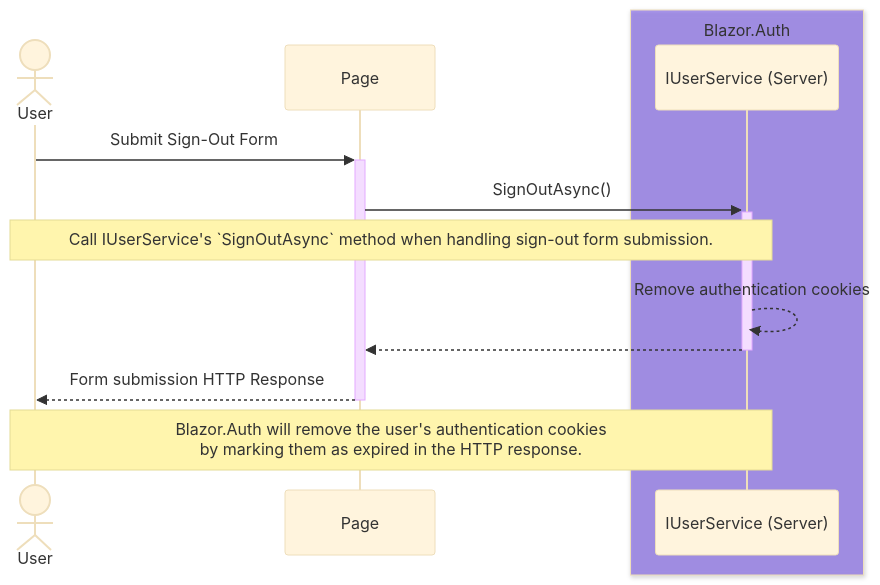
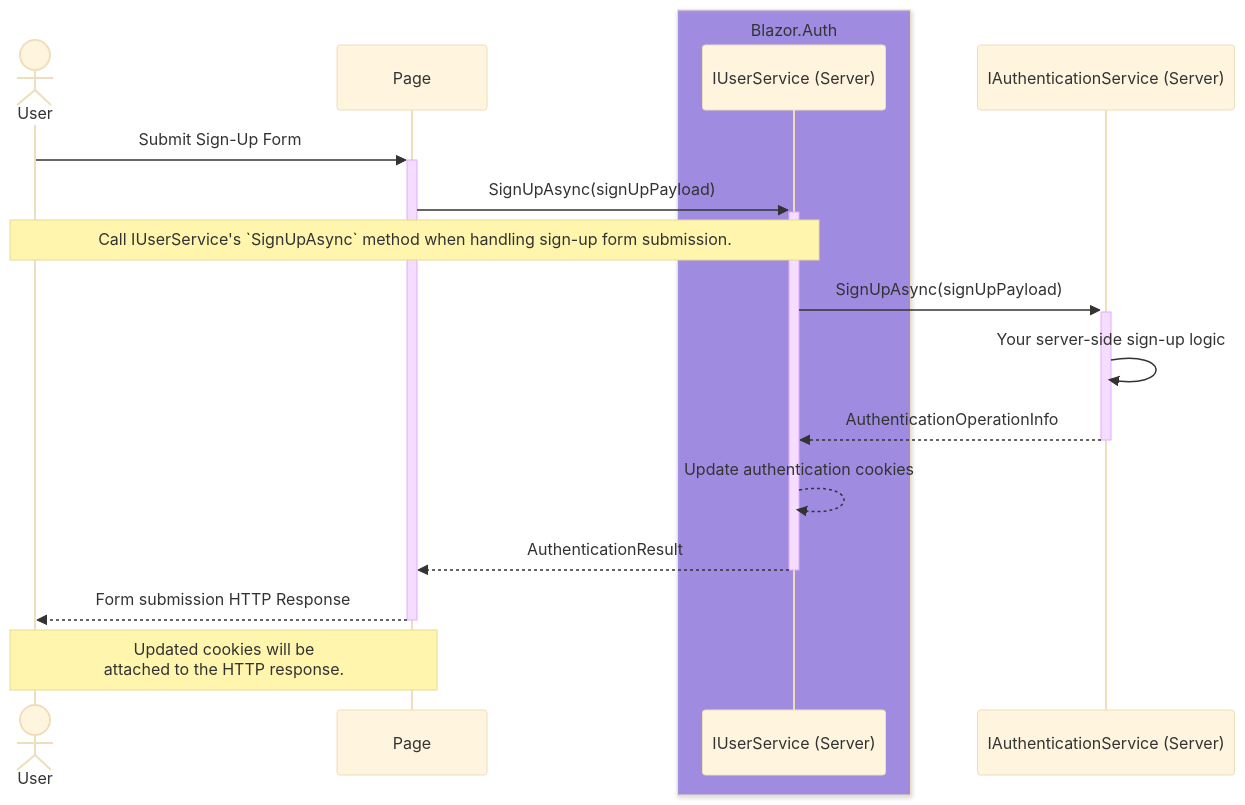
Before and after one commit to BitzArt/Blazor.Auth: the third of 3 diagrams in docs/src/04.use-cases/01.static-ssr.md, drawn with Mermaid (base theme). The commit also changed 101 other files, not shown here.

Commit message:
Blazor.Auth v2 (#33)

````diff
--- a/docs/src/04.use-cases/01.static-ssr.md
+++ b/docs/src/04.use-cases/01.static-ssr.md
@@ -71,23 +67,27 @@
 ```mermaid
-
 sequenceDiagram
 
 actor user as User
 participant page as Page
 
 box rgba(101, 63, 232, 0.5) Blazor.Auth
 participant userService as IUserService (Server)
 end
+participant authService as IAuthenticationService (Server)
 
-user ->>+ page: Submit Sign-Out Form
+user ->>+ page: Submit Sign-Up Form
 
-page ->>+ userService: SignOutAsync()
-note over user,userService: Call IUserService's `SignOutAsync` method when handling sign-out form submission.
+page ->>+ userService: SignUpAsync(signUpPayload)
+note over user,userService: Call IUserService's `SignUpAsync` method when handling sign-up form submission.
 
-userService -->> userService: Remove authentication cookies
+userService ->>+ authService: SignUpAsync(signUpPayload)
+authService ->> authService: Your server-side sign-up logic
 
-userService -->>- page: 
+authService -->>- userService: AuthenticationOperationInfo
+
+userService -->> userService: Update authentication cookies
+userService -->>- page: AuthenticationResult
 
 page -->>- user:  Form submission HTTP Response
-note over user,userService: Blazor.Auth will remove the user's authentication cookies <br/> by marking them as expired in the HTTP response.
+note over user,page: Updated cookies will be<br/>attached to the HTTP response.
 ```
````
